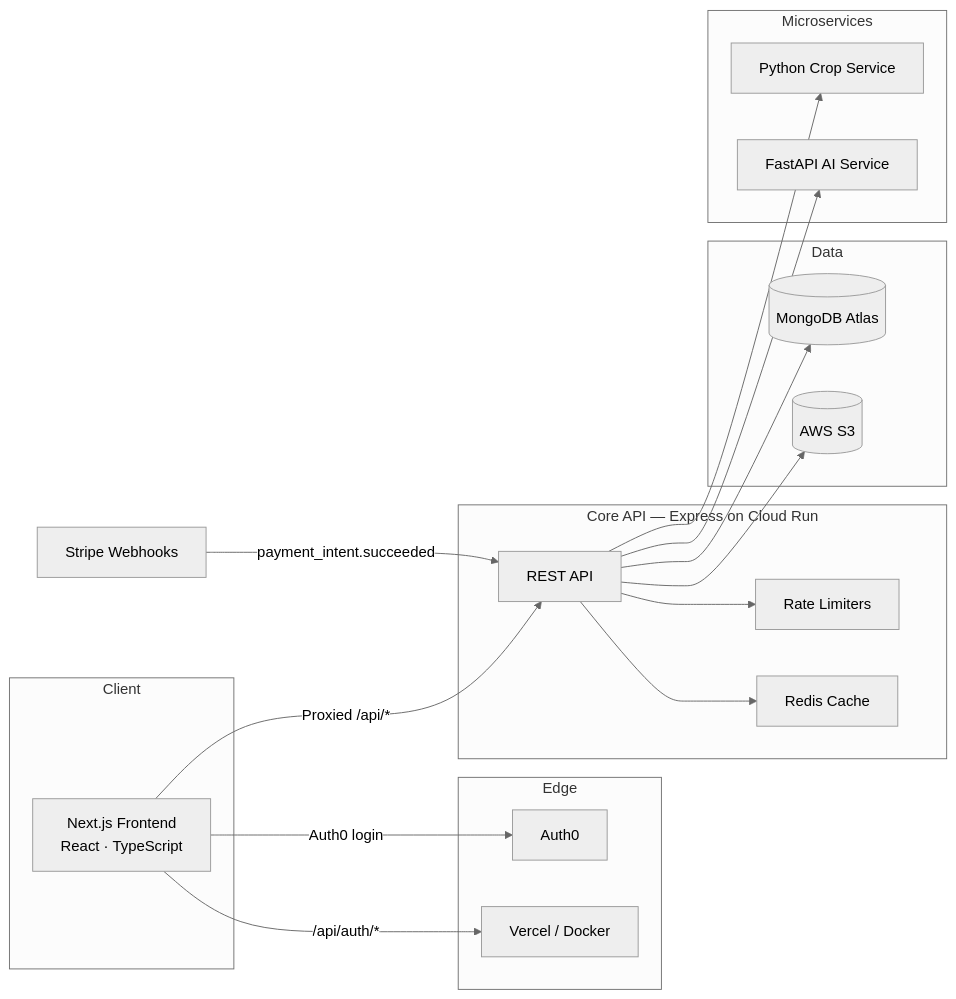
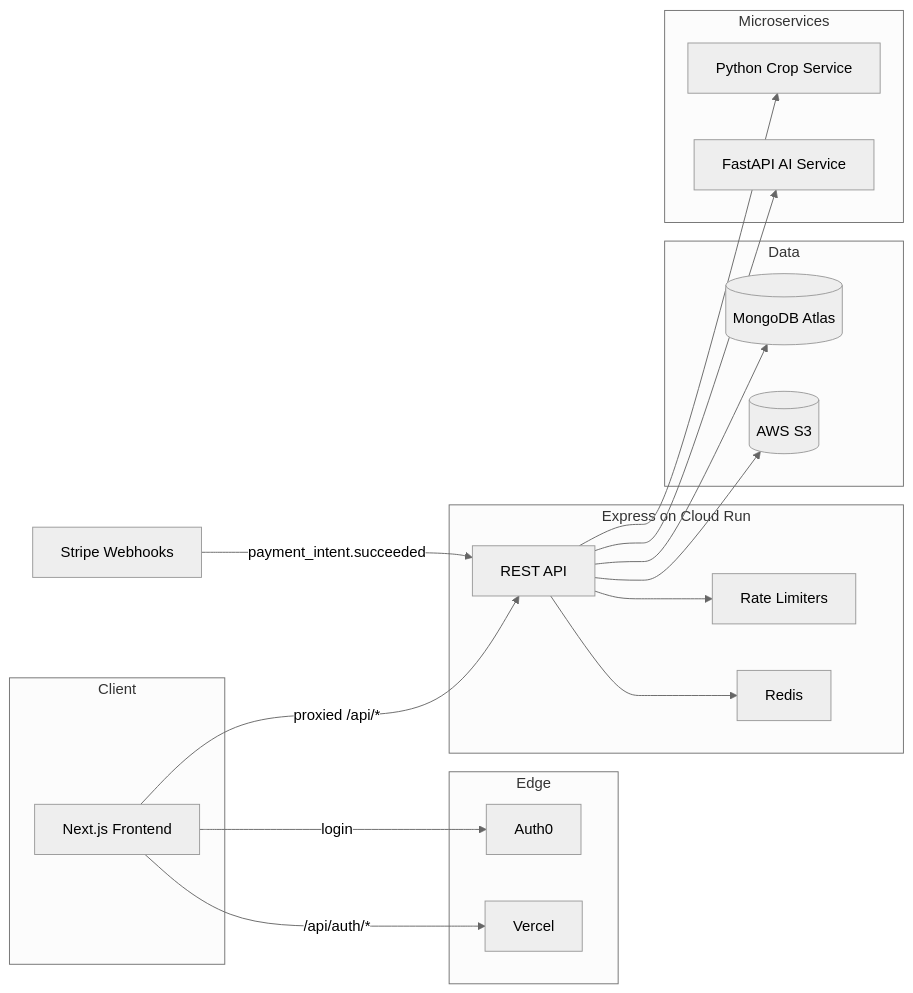
The diagram in README.md (manveer-sohal/AlmaariOrganized), drawn with Mermaid (neutral theme) before and after one commit. The commit also changed other lines of this file and 3 other files, not shown here.

````diff
--- a/README.md
+++ b/README.md
@@ -34,40 +45,40 @@
 ```mermaid
 flowchart LR
   subgraph Client
-    FE[Next.js Frontend<br/>React · TypeScript]
+    FE[Next.js Frontend]
   end
 
   subgraph Edge
     AUTH[Auth0]
-    VERCEL[Vercel / Docker]
+    VERCEL[Vercel]
   end
 
-  subgraph CoreAPI[Core API — Express on Cloud Run]
+  subgraph CoreAPI[Express on Cloud Run]
     API[REST API]
     RL[Rate Limiters]
-    CACHE[Redis Cache]
+    CACHE[Redis]
   end
 
   subgraph Data
     MONGO[(MongoDB Atlas)]
     S3[(AWS S3)]
   end
 
   subgraph Microservices
     CROP[Python Crop Service]
     AI[FastAPI AI Service]
   end
 
   STRIPE[Stripe Webhooks]
 
-  FE -->|Auth0 login| AUTH
+  FE -->|login| AUTH
   FE -->|/api/auth/*| VERCEL
-  FE -->|Proxied /api/*| API
+  FE -->|proxied /api/*| API
   API --> RL
   API --> CACHE
   API --> MONGO
   API --> S3
   API --> CROP
   API --> AI
   STRIPE -->|payment_intent.succeeded| API
 ```
````
